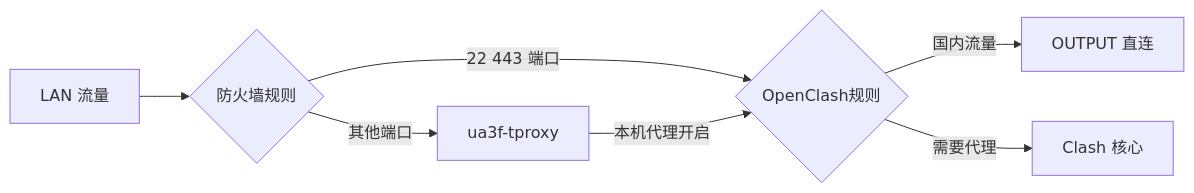
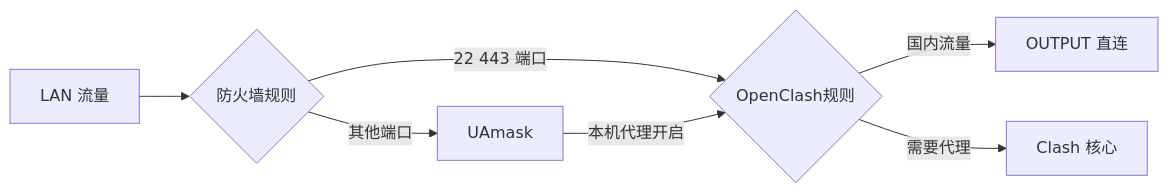
One commit to Zesuy/UA-Mask changed the second of 3 diagrams in README.md. Above: the diagram before and after it, drawn with Mermaid. The commit also changed other lines of this file, not shown here.

Commit message:
feat: 将项目名称更改为 UAmask，更新相关文档以反映新名称和功能改进

````diff
--- a/README.md
+++ b/README.md
@@ -81,11 +61,11 @@
 ```mermaid
 graph LR
     A[LAN 流量] --> B{防火墙规则}
     B -->|22 443 端口| C{OpenClash规则}
-    B -->|其他端口| D[ua3f-tproxy]
+    B -->|其他端口| D[UAmask]
     
     C -->|国内流量| E[OUTPUT 直连]
     C -->|需要代理| F[Clash 核心]
     
     D --"本机代理开启"--> C{OpenClash规则}
 ```
````
